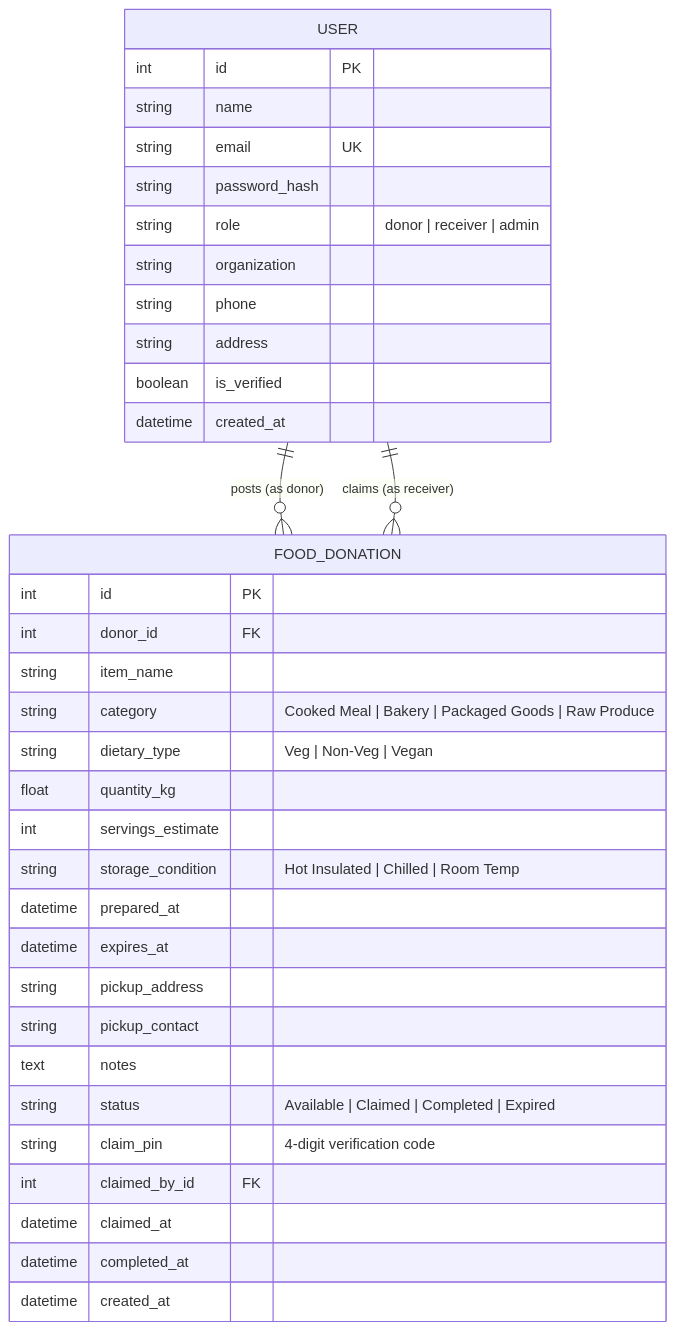
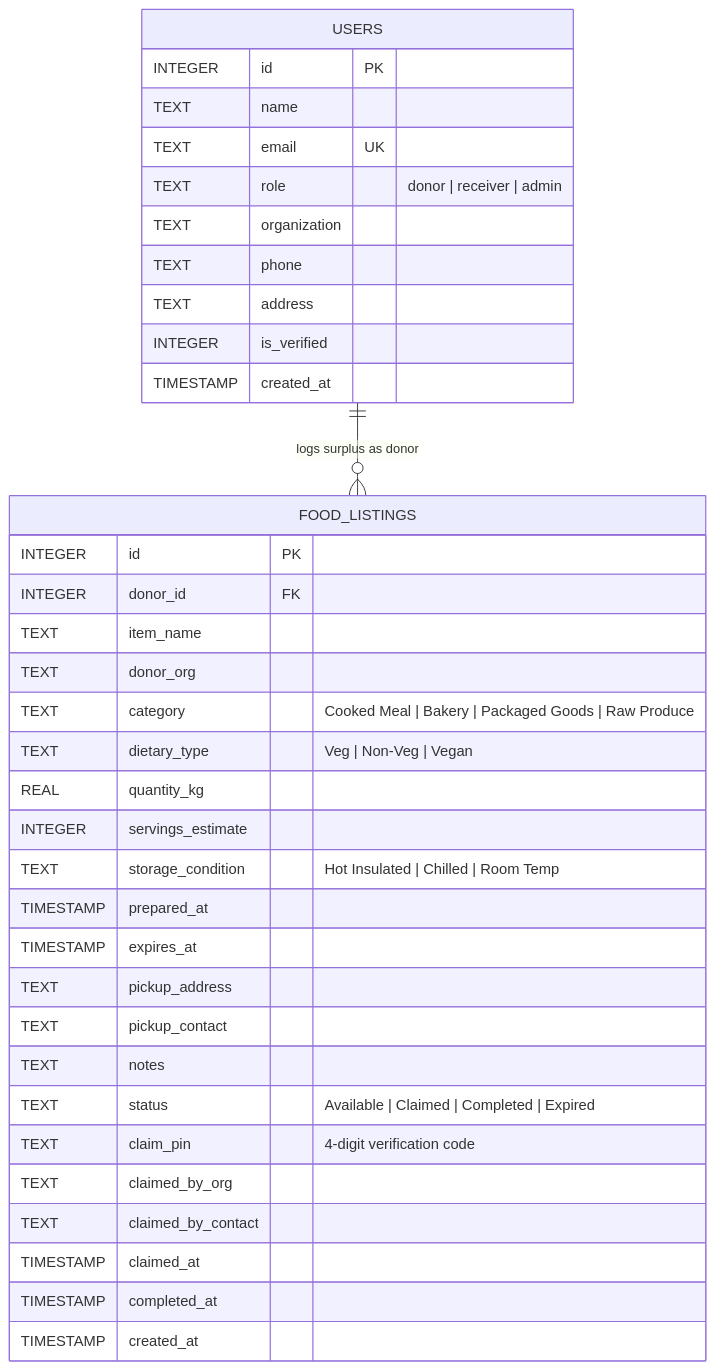
Before and after one commit to kavinprasanth2306-a11y/food-waste-redistribution-system: the second of 2 diagrams in README.md, drawn with Mermaid. The commit also changed other lines of this file and 1 other file, not shown here.

````diff
--- a/README.md
+++ b/README.md
@@ -71,40 +78,40 @@
 ```mermaid
 erDiagram
-    USER ||--o{ FOOD_DONATION : "posts (as donor)"
-    USER ||--o{ FOOD_DONATION : "claims (as receiver)"
+    USERS ||--o{ FOOD_LISTINGS : "logs surplus as donor"
 
-    USER {
-        int id PK
-        string name
-        string email UK
-        string password_hash
-        string role "donor | receiver | admin"
-        string organization
-        string phone
-        string address
-        boolean is_verified
-        datetime created_at
+    USERS {
+        INTEGER id PK
+        TEXT name
+        TEXT email UK
+        TEXT role "donor | receiver | admin"
+        TEXT organization
+        TEXT phone
+        TEXT address
+        INTEGER is_verified
+        TIMESTAMP created_at
     }
 
-    FOOD_DONATION {
-        int id PK
-        int donor_id FK
-        string item_name
-        string category "Cooked Meal | Bakery | Packaged Goods | Raw Produce"
-        string dietary_type "Veg | Non-Veg | Vegan"
-        float quantity_kg
-        int servings_estimate
-        string storage_condition "Hot Insulated | Chilled | Room Temp"
-        datetime prepared_at
-        datetime expires_at
-        string pickup_address
-        string pickup_contact
-        text notes
-        string status "Available | Claimed | Completed | Expired"
-        string claim_pin "4-digit verification code"
-        int claimed_by_id FK
-        datetime claimed_at
-        datetime completed_at
-        datetime created_at
+    FOOD_LISTINGS {
+        INTEGER id PK
+        INTEGER donor_id FK
+        TEXT item_name
+        TEXT donor_org
+        TEXT category "Cooked Meal | Bakery | Packaged Goods | Raw Produce"
+        TEXT dietary_type "Veg | Non-Veg | Vegan"
+        REAL quantity_kg
+        INTEGER servings_estimate
+        TEXT storage_condition "Hot Insulated | Chilled | Room Temp"
+        TIMESTAMP prepared_at
+        TIMESTAMP expires_at
+        TEXT pickup_address
+        TEXT pickup_contact
+        TEXT notes
+        TEXT status "Available | Claimed | Completed | Expired"
+        TEXT claim_pin "4-digit verification code"
+        TEXT claimed_by_org
+        TEXT claimed_by_contact
+        TIMESTAMP claimed_at
+        TIMESTAMP completed_at
+        TIMESTAMP created_at
     }
 ```
````
